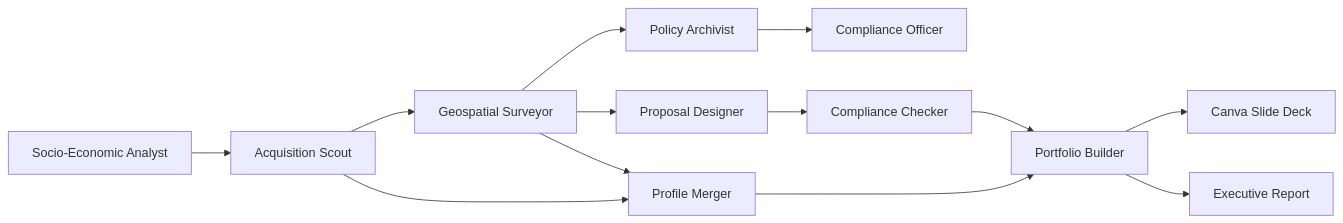
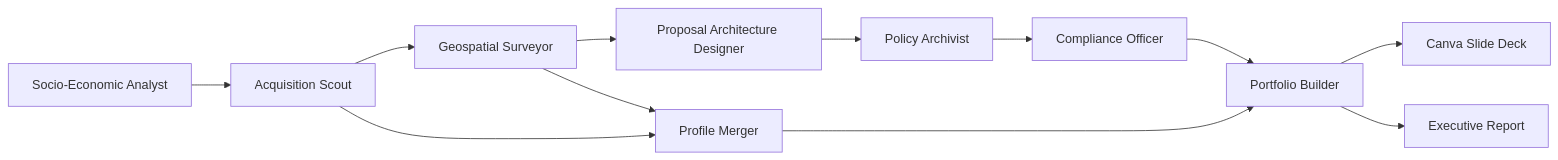
Before and after one commit to anubhavjetley2424/Sydney-Property-Feasibility-Engine-MAS-: the first of 2 diagrams in README.md, drawn with Mermaid.

````diff
--- a/README.md
+++ b/README.md
@@ -26,15 +26,14 @@
 ```mermaid
 graph LR
   A[Socio‑Economic Analyst] --> B[Acquisition Scout]
   B --> C[Geospatial Surveyor]
-  C --> D[Policy Archivist]
+  C --> F[Proposal Architecture Designer]
+  F --> D[Policy Archivist]
   D --> E[Compliance Officer]
-  C --> F[Proposal Designer]
-  F --> G[Compliance Checker]
   B --> H[Profile Merger]
   C --> H
-  G --> I[Portfolio Builder]
+  E --> I[Portfolio Builder]
   H --> I
   I --> J[Canva Slide Deck]
   I --> K[Executive Report]
 ```
````
